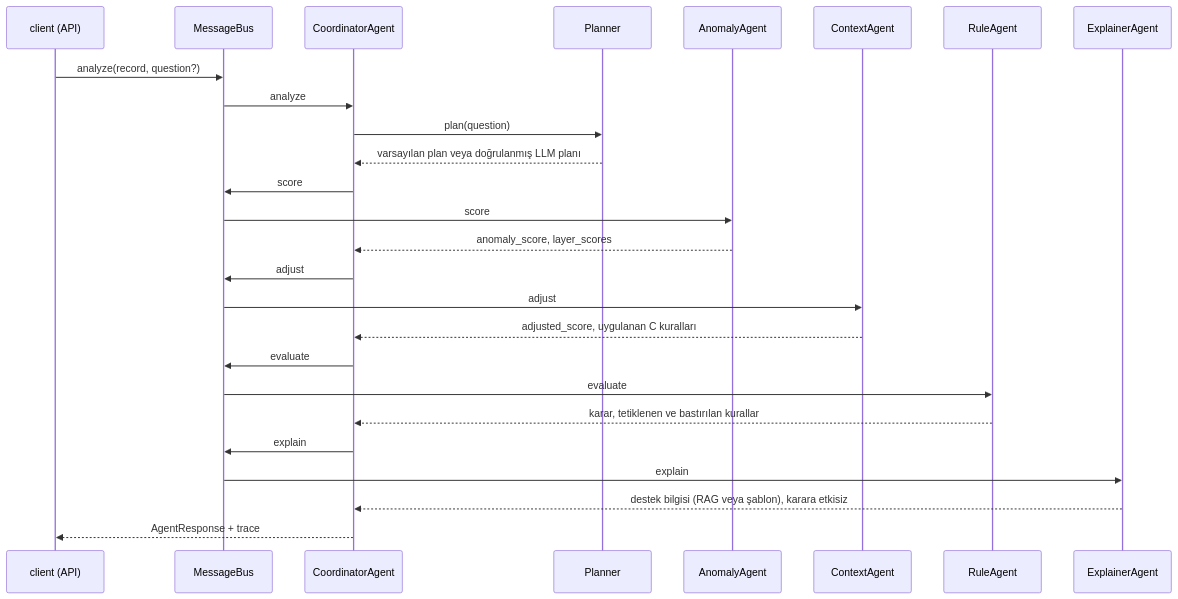
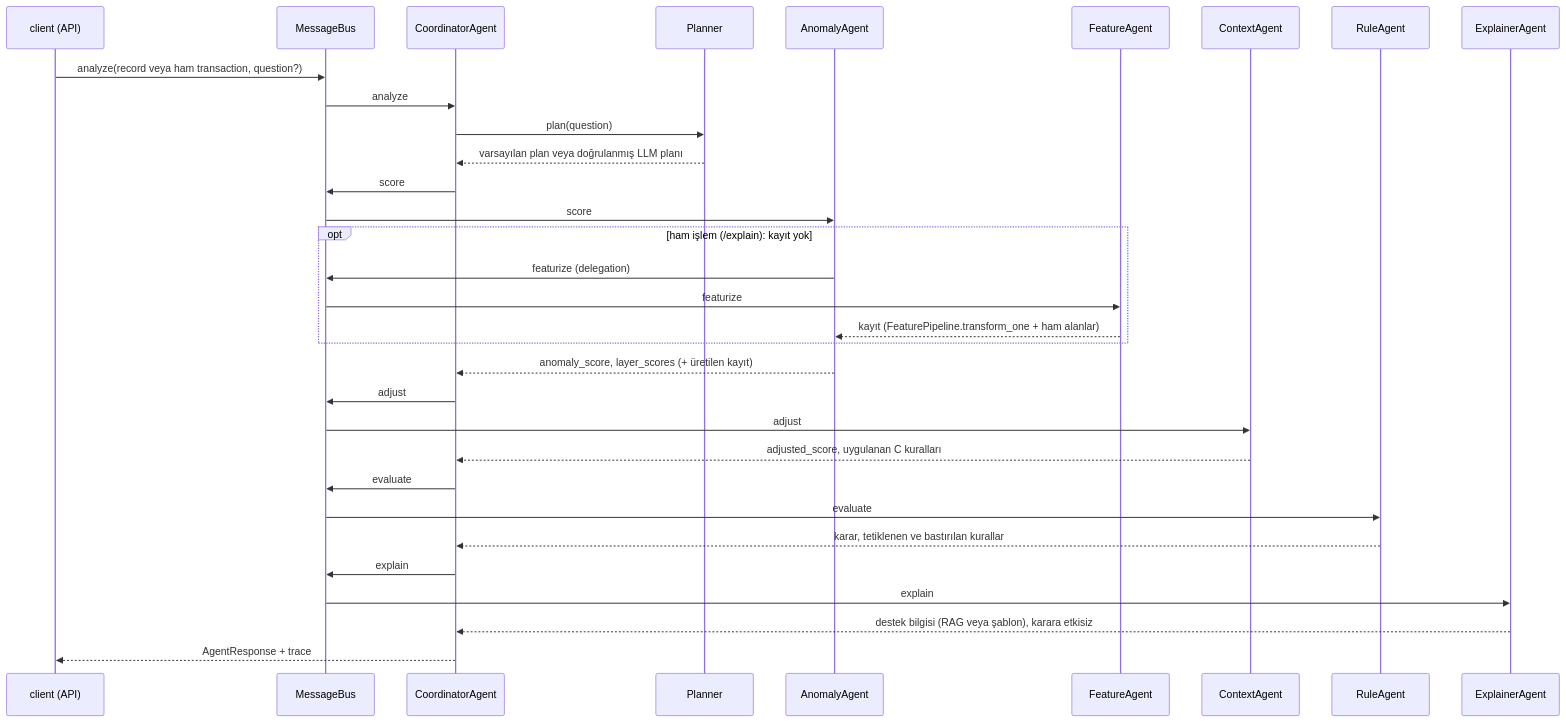
The third of 3 diagrams in docs/technical_doc.md (rumeysskara/fraud-anomaly-platform), drawn with Mermaid before and after one commit. The commit also changed other lines of this file and 39 other files, not shown here.

First line of the commit message:
feat: FeatureAgent delegation, fraud policy KB doc, outlier csv, user feature mapping (K-52..K-54)

````diff
--- a/docs/technical_doc.md
+++ b/docs/technical_doc.md
@@ -147,28 +147,34 @@
 ```mermaid
 sequenceDiagram
     participant C as client (API)
     participant B as MessageBus
     participant K as CoordinatorAgent
     participant P as Planner
     participant A as AnomalyAgent
+    participant F as FeatureAgent
     participant X as ContextAgent
     participant R as RuleAgent
     participant E as ExplainerAgent
-    C->>B: analyze(record, question?)
+    C->>B: analyze(record veya ham transaction, question?)
     B->>K: analyze
     K->>P: plan(question)
     P-->>K: varsayılan plan veya doğrulanmış LLM planı
     K->>B: score
     B->>A: score
-    A-->>K: anomaly_score, layer_scores
+    opt ham işlem (/explain): kayıt yok
+        A->>B: featurize (delegation)
+        B->>F: featurize
+        F-->>A: kayıt (FeaturePipeline.transform_one + ham alanlar)
+    end
+    A-->>K: anomaly_score, layer_scores (+ üretilen kayıt)
     K->>B: adjust
     B->>X: adjust
     X-->>K: adjusted_score, uygulanan C kuralları
     K->>B: evaluate
     B->>R: evaluate
     R-->>K: karar, tetiklenen ve bastırılan kurallar
     K->>B: explain
     B->>E: explain
     E-->>K: destek bilgisi (RAG veya şablon), karara etkisiz
     K-->>C: AgentResponse + trace
 ```
````
